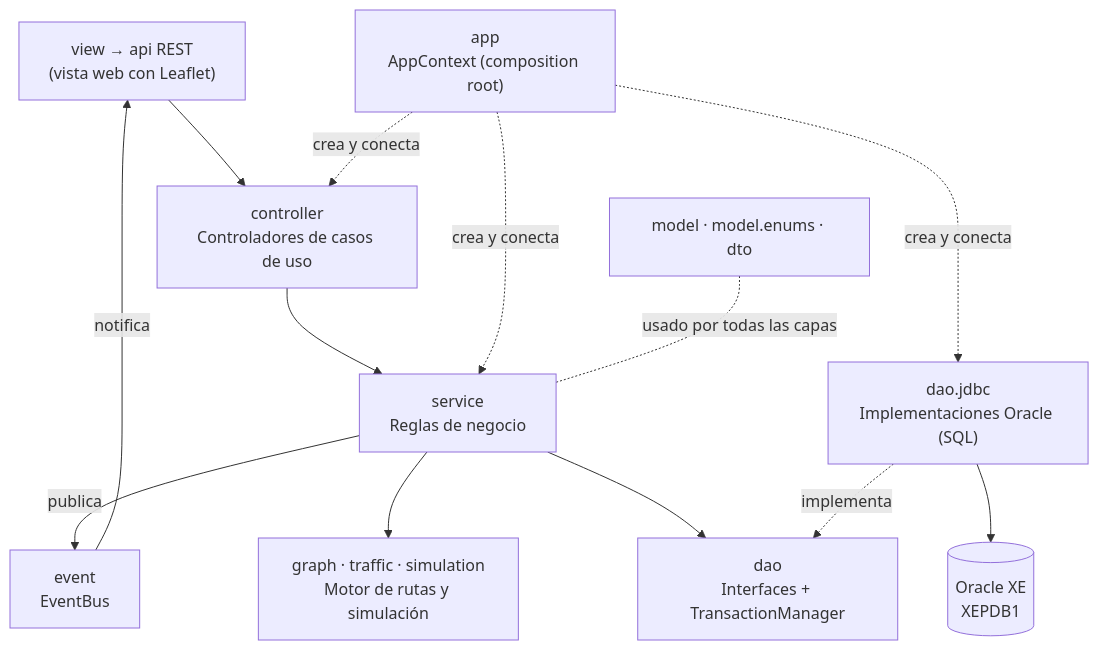
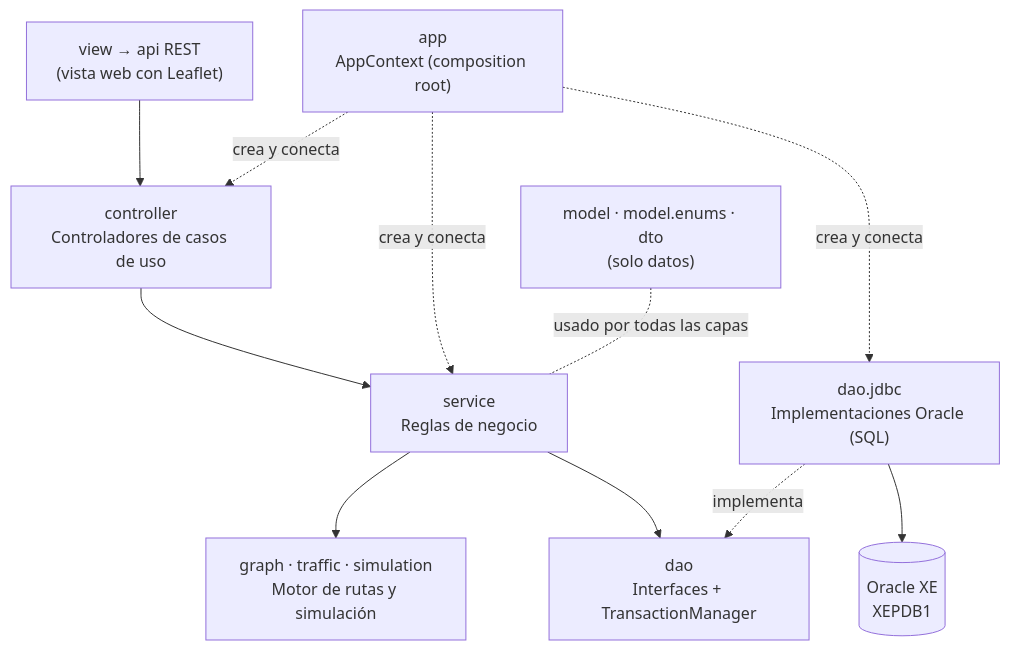
One commit to afzabaleta/RutaVida changed the first of 2 diagrams in docs/arquitectura-software.md. Above: the diagram before and after it, drawn with Mermaid. The commit also changed other lines of this file and 12 other files, not shown here.

````diff
--- a/docs/arquitectura-software.md
+++ b/docs/arquitectura-software.md
@@ -19,25 +20,22 @@
 ```mermaid
 flowchart TB
     VIEW["view → api REST<br/>(vista web con Leaflet)"]
     CTRL["controller<br/>Controladores de casos de uso"]
     SRV["service<br/>Reglas de negocio"]
     ENG["graph · traffic · simulation<br/>Motor de rutas y simulación"]
     DAOI["dao<br/>Interfaces + TransactionManager"]
     JDBC["dao.jdbc<br/>Implementaciones Oracle (SQL)"]
     DB[("Oracle XE<br/>XEPDB1")]
-    MODEL["model · model.enums · dto"]
-    EVT["event<br/>EventBus"]
+    MODEL["model · model.enums · dto<br/>(solo datos)"]
     APP["app<br/>AppContext (composition root)"]
 
     VIEW --> CTRL --> SRV
     SRV --> ENG
     SRV --> DAOI
     JDBC -. implementa .-> DAOI
     JDBC --> DB
-    SRV -- publica --> EVT
-    EVT -- notifica --> VIEW
     APP -. crea y conecta .-> JDBC
     APP -. crea y conecta .-> SRV
     APP -. crea y conecta .-> CTRL
     MODEL -. usado por todas las capas .- SRV
 ```
````
